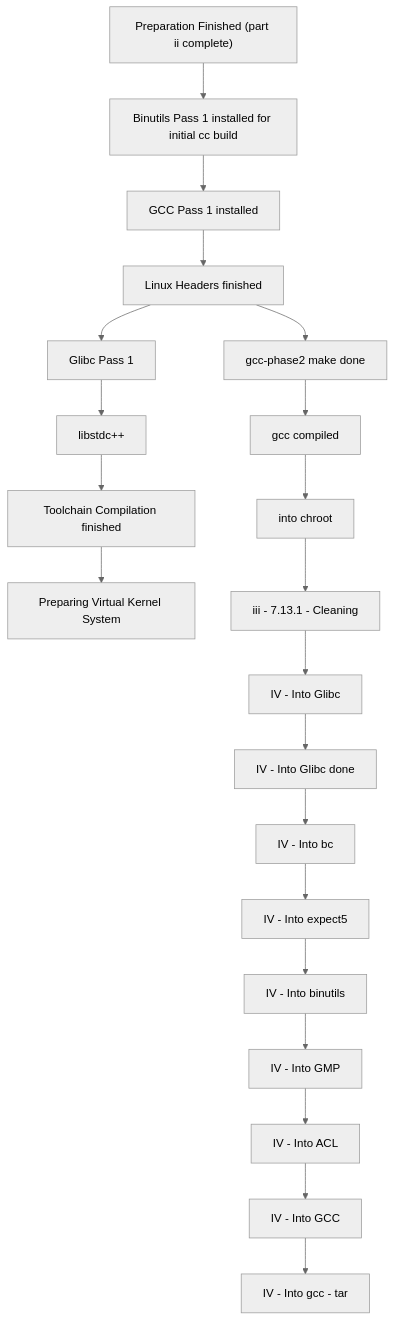
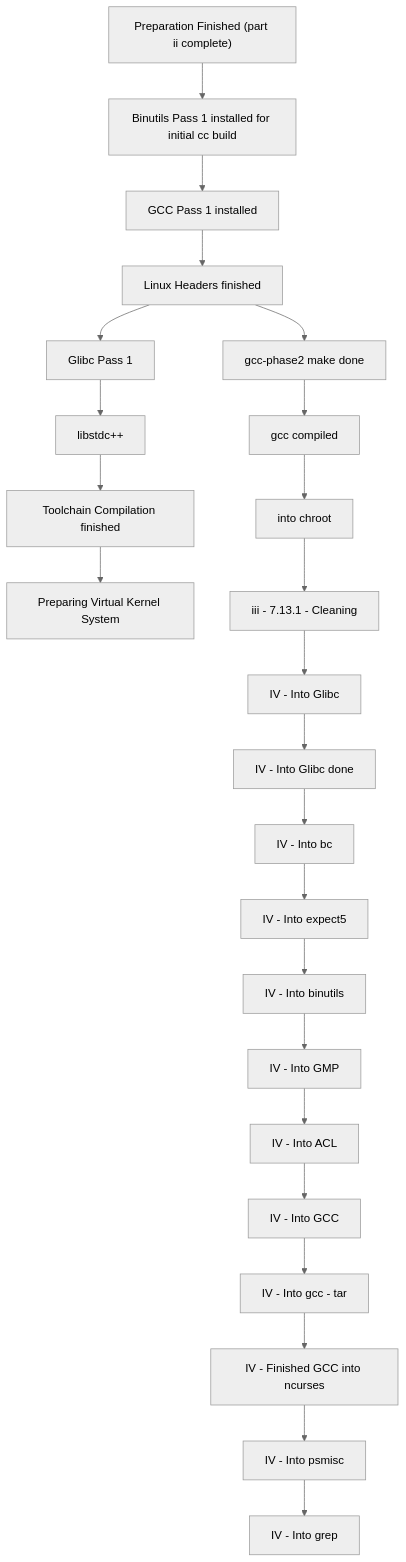
One commit to Somayyah/lfs changed the diagram in snapshots.md. Above: the diagram before and after it, drawn with Mermaid (neutral theme). The commit also changed 1 other file, not shown here.

````diff
--- a/snapshots.md
+++ b/snapshots.md
@@ -5,29 +5,31 @@
 ```mermaid
 flowchart TD;
     A["Preparation Finished (part ii complete)"]
     B["Binutils Pass 1 installed for initial cc build"]
     C["GCC Pass 1 installed"]
     D["Linux Headers finished"]
     E["Glibc Pass 1"]
     F["libstdc++"]
     G["Toolchain Compilation finished"]
     H["Preparing Virtual Kernel System"]
 
     D2["gcc-phase2 make done"]
 	E2["gcc compiled"]
 	F2["into chroot"]
 	G2["iii - 7.13.1 - Cleaning"]
 	H2["IV - Into Glibc"]
 	I2["IV - Into Glibc done"]
 	J2["IV - Into bc"]
 	K2["IV - Into expect5"]
 	L2["IV - Into binutils"]
 	M2["IV - Into GMP"]
 	N2["IV - Into ACL"]
 	O2["IV - Into GCC"]
 	P2["IV - Into gcc - tar"]
-
+	Q2["IV - Finished GCC into ncurses"]
+	R2["IV - Into psmisc"]
+	S2["IV - Into grep"]
 	
     A --> B --> C --> D --> E --> F --> G --> H;
-    D --> D2 --> E2 --> F2 --> G2 --> H2 --> I2 --> J2 --> K2 --> L2 --> M2 --> N2 --> O2 --> P2;
+    D --> D2 --> E2 --> F2 --> G2 --> H2 --> I2 --> J2 --> K2 --> L2 --> M2 --> N2 --> O2 --> P2 --> Q2 --> R2 --> S2;
 ```
````
